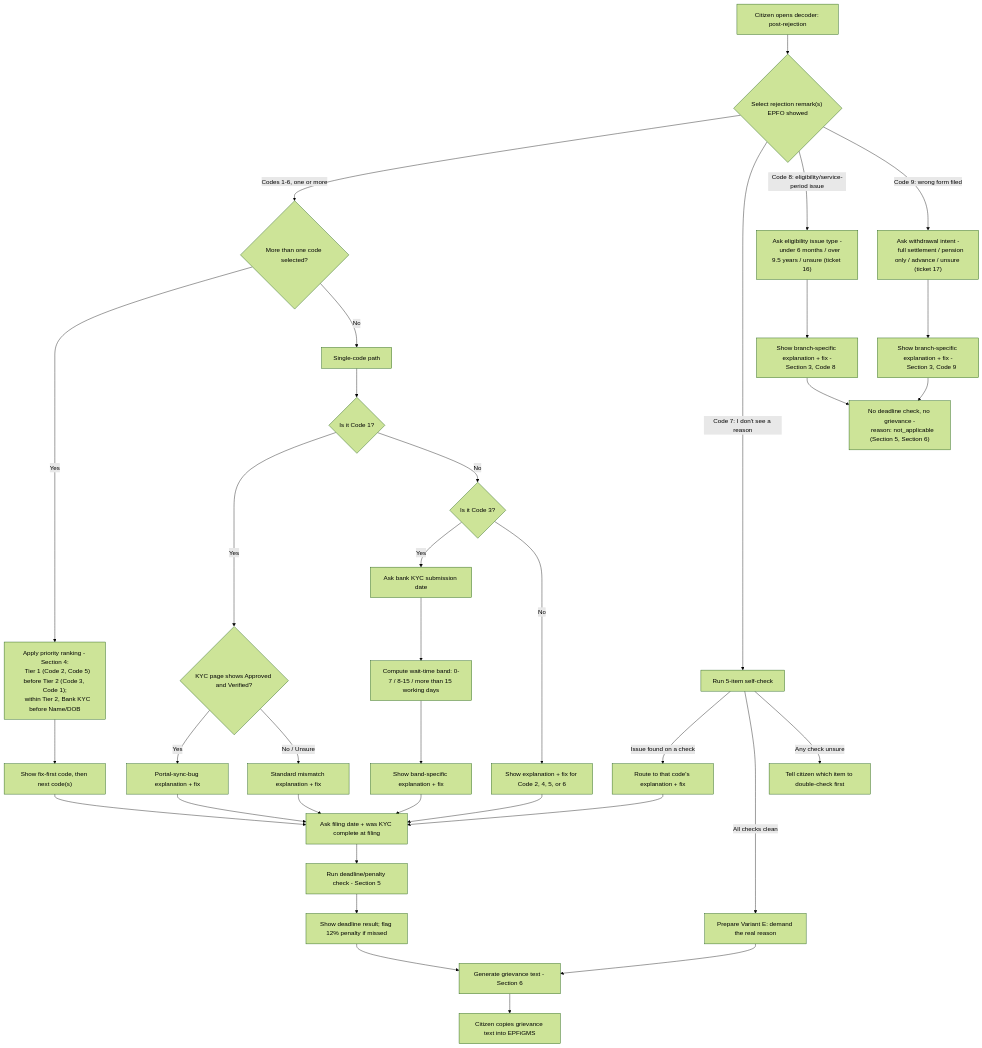
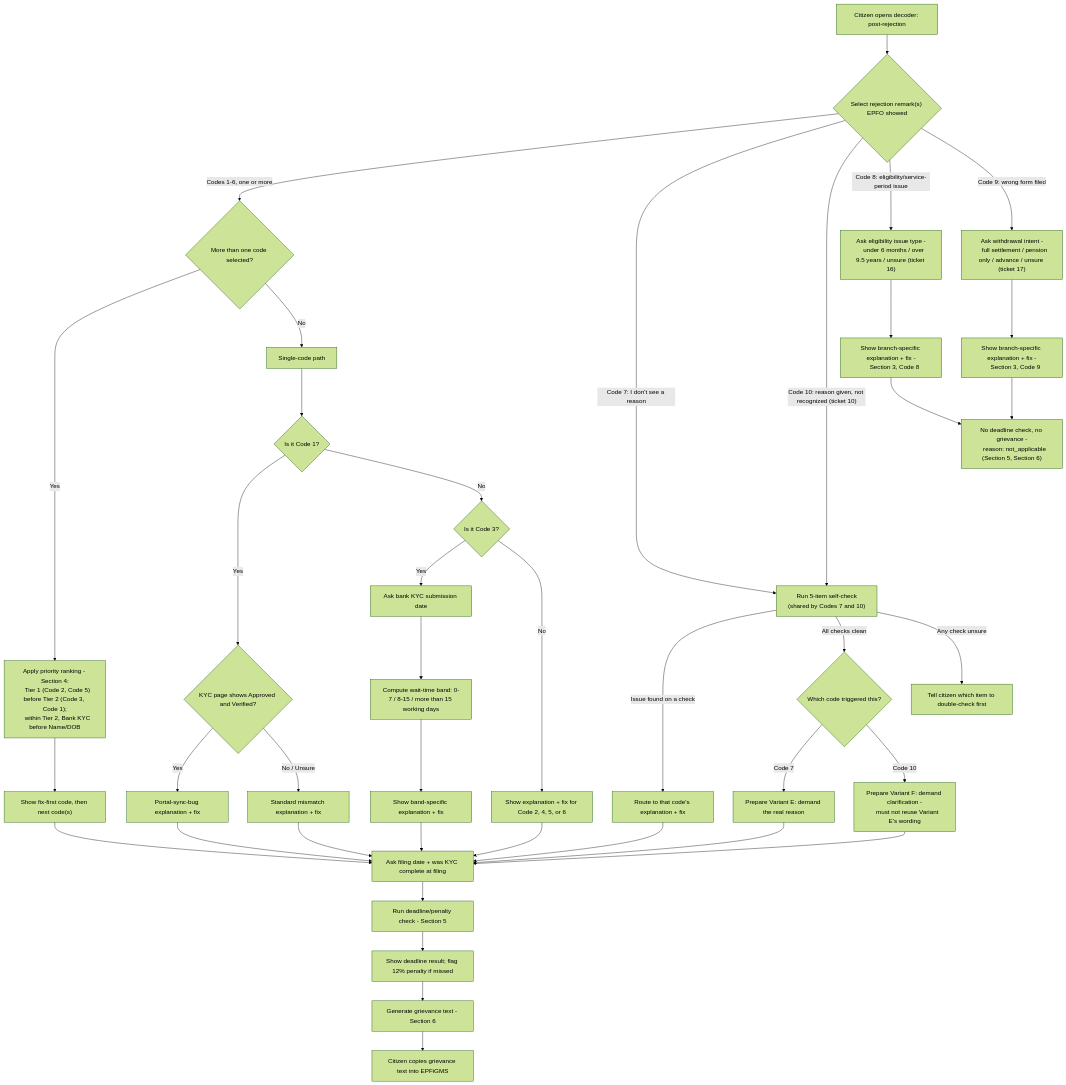
One commit to krathod89/EPFO-Sahayak changed the first of 2 diagrams in Rule Engine/Rule Engine Spec.md. Above: the diagram before and after it, drawn with Mermaid (forest theme). The commit also changed other lines of this file and 16 other files, not shown here.

````diff
--- a/Rule Engine/Rule Engine Spec.md
+++ b/Rule Engine/Rule Engine Spec.md
@@ -382,53 +411,59 @@
 ```mermaid
 flowchart TD
     A["Citizen opens decoder: post-rejection"] --> B{"Select rejection remark(s) EPFO showed"}
     B -->|"Codes 1-6, one or more"| C{"More than one code selected?"}
-    B -->|"Code 7: I don't see a reason"| D["Run 5-item self-check"]
+    B -->|"Code 7: I don't see a reason"| D["Run 5-item self-check
+    (shared by Codes 7 and 10)"]
+    B -->|"Code 10: reason given, not recognized (ticket 10)"| D
     B -->|"Code 8: eligibility/service-period issue"| CE["Ask eligibility issue type -
     under 6 months / over 9.5 years / unsure (ticket 16)"]
     B -->|"Code 9: wrong form filed"| CG["Ask withdrawal intent -
     full settlement / pension only / advance / unsure (ticket 17)"]
 
     D -->|"Issue found on a check"| E["Route to that code's explanation + fix"]
-    D -->|"All checks clean"| F["Prepare Variant E: demand the real reason"]
+    D -->|"All checks clean"| F{"Which code triggered this?"}
+    F -->|"Code 7"| F7["Prepare Variant E: demand the real reason"]
+    F -->|"Code 10"| F10["Prepare Variant F: demand clarification -
+    must not reuse Variant E's wording"]
     D -->|"Any check unsure"| DU["Tell citizen which item to double-check first"]
 
     CE --> CF["Show branch-specific explanation + fix -
     Section 3, Code 8"]
     CG --> CH["Show branch-specific explanation + fix -
     Section 3, Code 9"]
     CF --> X["No deadline check, no grievance -
     reason: not_applicable (Section 5, Section 6)"]
     CH --> X
 
     C -->|"Yes"| G["Apply priority ranking - Section 4:
     Tier 1 (Code 2, Code 5) before Tier 2 (Code 3, Code 1);
     within Tier 2, Bank KYC before Name/DOB"]
     C -->|"No"| H["Single-code path"]
 
     G --> I["Show fix-first code, then next code(s)"]
 
     H --> J{"Is it Code 1?"}
     J -->|"Yes"| K{"KYC page shows Approved and Verified?"}
     K -->|"Yes"| L["Portal-sync-bug explanation + fix"]
     K -->|"No / Unsure"| M["Standard mismatch explanation + fix"]
     J -->|"No"| N{"Is it Code 3?"}
     N -->|"Yes"| O["Ask bank KYC submission date"]
     O --> P["Compute wait-time band: 0-7 / 8-15 / more than 15 working days"]
     P --> Q["Show band-specific explanation + fix"]
     N -->|"No"| R["Show explanation + fix for Code 2, 4, 5, or 6"]
 
     I --> S["Ask filing date + was KYC complete at filing"]
     L --> S
     M --> S
     Q --> S
     R --> S
     E --> S
+    F7 --> S
+    F10 --> S
 
     S --> T["Run deadline/penalty check - Section 5"]
     T --> U["Show deadline result; flag 12% penalty if missed"]
 
-    F --> V["Generate grievance text - Section 6"]
-    U --> V
+    U --> V["Generate grievance text - Section 6"]
     V --> W["Citizen copies grievance text into EPFiGMS"]
 ```
````
